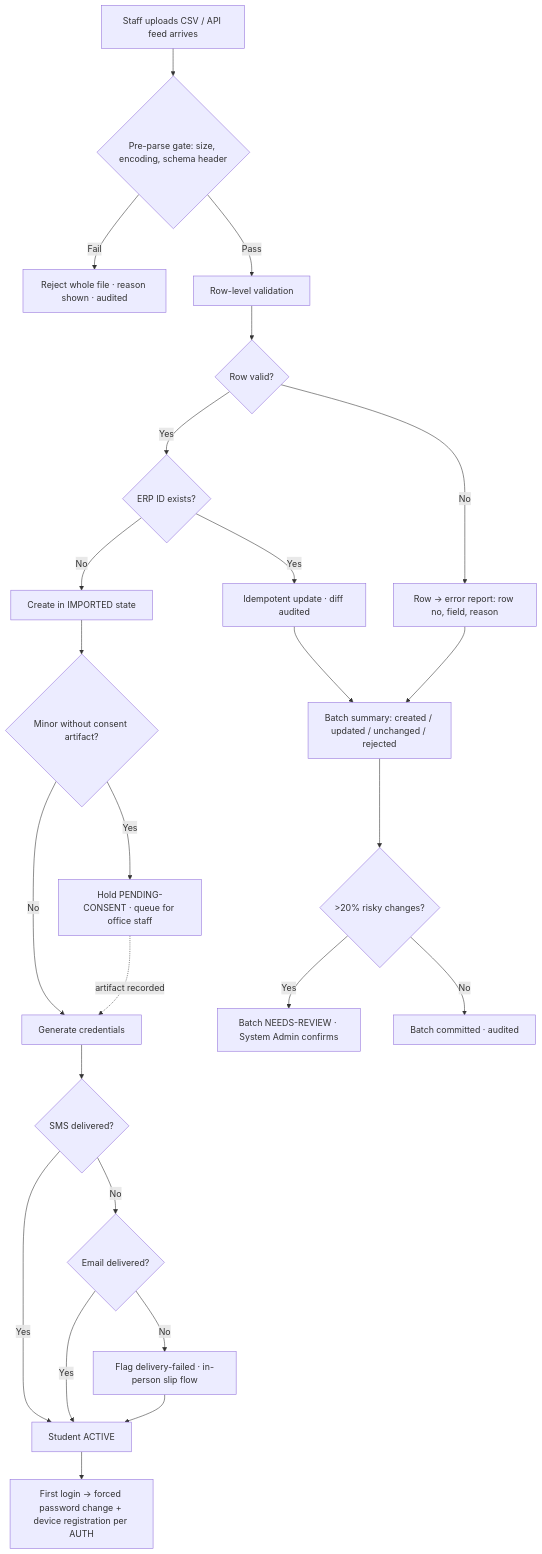
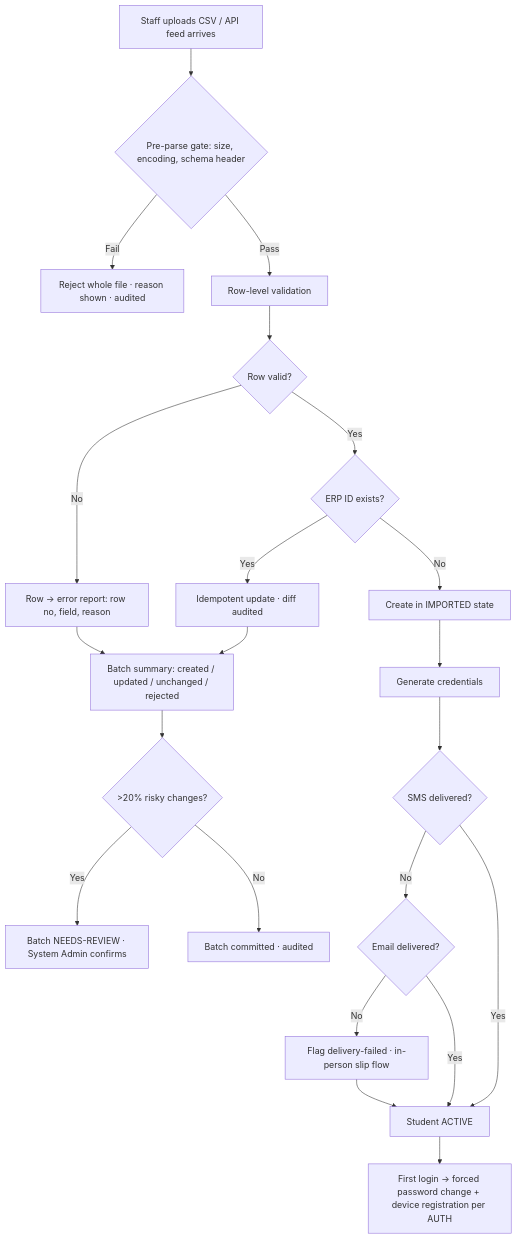
One commit to sennurm/UniCore changed the diagram in requirements/02-student-onboarding.md. Above: the diagram before and after it, drawn with Mermaid. The commit also changed other lines of this file and 12 other files, not shown here.

````diff
--- a/requirements/02-student-onboarding.md
+++ b/requirements/02-student-onboarding.md
@@ -160,27 +158,24 @@
 ```mermaid
 flowchart TD
   A[Staff uploads CSV / API feed arrives] --> B{Pre-parse gate: size, encoding, schema header}
   B -- Fail --> B1[Reject whole file · reason shown · audited]
   B -- Pass --> C[Row-level validation]
   C --> D{Row valid?}
   D -- No --> D1[Row → error report: row no, field, reason]
   D -- Yes --> E{ERP ID exists?}
   E -- Yes --> E1[Idempotent update · diff audited]
   E -- No --> E2[Create in IMPORTED state]
-  E2 --> F{Minor without consent artifact?}
   E1 --> G
-  F -- Yes --> F1[Hold PENDING-CONSENT · queue for office staff]
-  F -- No --> F2[Generate credentials]
-  F1 -. artifact recorded .-> F2
+  E2 --> F2[Generate credentials]
   F2 --> H{SMS delivered?}
   H -- No --> H1{Email delivered?}
   H1 -- No --> H2[Flag delivery-failed · in-person slip flow]
   H -- Yes --> I[Student ACTIVE]
   H1 -- Yes --> I
   H2 --> I
   I --> J[First login → forced password change + device registration per AUTH]
   D1 --> G[Batch summary: created / updated / unchanged / rejected]
   G --> K{>20% risky changes?}
   K -- Yes --> K1[Batch NEEDS-REVIEW · System Admin confirms]
   K -- No --> L[Batch committed · audited]
 ```
````
